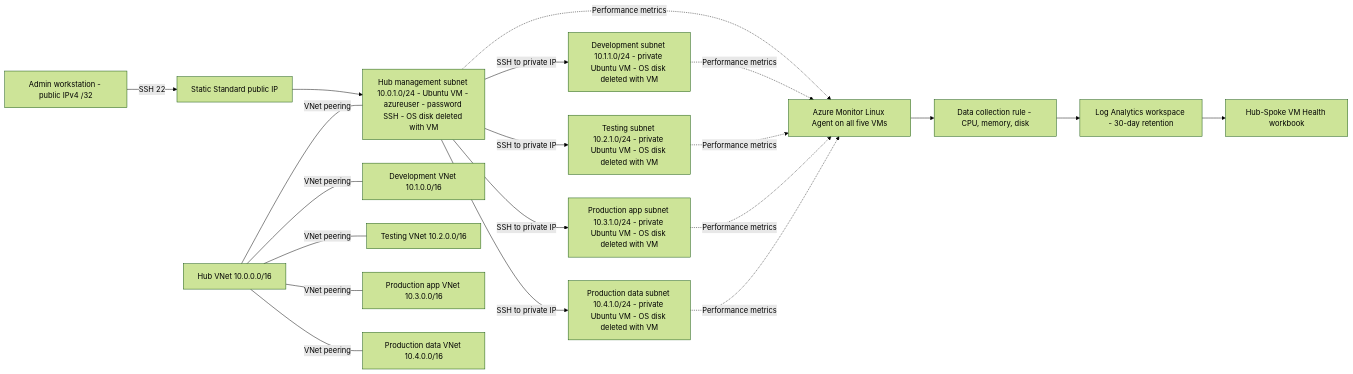
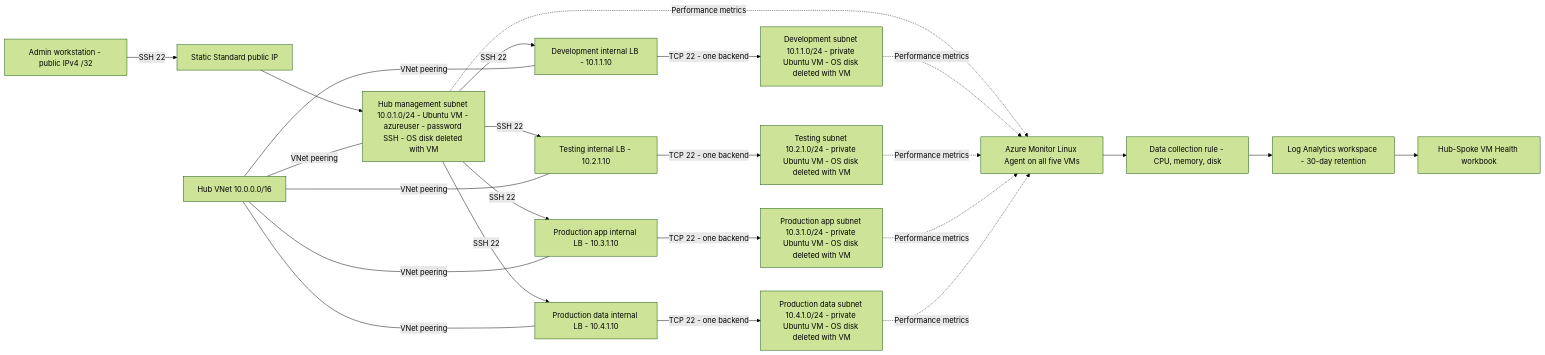
One commit to Nandinikuncham/Hub-Spoke-Networking-Infrastructure changed the diagram in architecture.md. Above: the diagram before and after it, drawn with Mermaid (forest theme). The commit also changed other lines of this file, not shown here.

Commit message:
Update architecture for spoke load balancers
Updated architecture details to include internal load balancers for SSH access in spoke VMs and clarified cost implications.

````diff
--- a/architecture.md
+++ b/architecture.md
@@ -7,22 +7,29 @@
 ```mermaid
 flowchart LR
     Admin["Admin workstation - public IPv4 /32"] -->|SSH 22| PublicIP["Static Standard public IP"]
     PublicIP --> Jump["Hub management subnet 10.0.1.0/24 - Ubuntu VM - azureuser - password SSH - OS disk deleted with VM"]
-    Jump -->|SSH to private IP| DevVM["Development subnet 10.1.1.0/24 - private Ubuntu VM - OS disk deleted with VM"]
-    Jump -->|SSH to private IP| TestVM["Testing subnet 10.2.1.0/24 - private Ubuntu VM - OS disk deleted with VM"]
-    Jump -->|SSH to private IP| AppVM["Production app subnet 10.3.1.0/24 - private Ubuntu VM - OS disk deleted with VM"]
-    Jump -->|SSH to private IP| DataVM["Production data subnet 10.4.1.0/24 - private Ubuntu VM - OS disk deleted with VM"]
+
+    Jump -->|SSH 22| DevLB["Development internal LB - 10.1.1.10"]
+    DevLB -->|TCP 22 - one backend| DevVM["Development subnet 10.1.1.0/24 - private Ubuntu VM - OS disk deleted with VM"]
+    Jump -->|SSH 22| TestLB["Testing internal LB - 10.2.1.10"]
+    TestLB -->|TCP 22 - one backend| TestVM["Testing subnet 10.2.1.0/24 - private Ubuntu VM - OS disk deleted with VM"]
+    Jump -->|SSH 22| AppLB["Production app internal LB - 10.3.1.10"]
+    AppLB -->|TCP 22 - one backend| AppVM["Production app subnet 10.3.1.0/24 - private Ubuntu VM - OS disk deleted with VM"]
+    Jump -->|SSH 22| DataLB["Production data internal LB - 10.4.1.10"]
+    DataLB -->|TCP 22 - one backend| DataVM["Production data subnet 10.4.1.0/24 - private Ubuntu VM - OS disk deleted with VM"]
+
     Hub["Hub VNet 10.0.0.0/16"] ---|VNet peering| Jump
-    Hub ---|VNet peering| Dev["Development VNet 10.1.0.0/16"]
-    Hub ---|VNet peering| Test["Testing VNet 10.2.0.0/16"]
-    Hub ---|VNet peering| App["Production app VNet 10.3.0.0/16"]
-    Hub ---|VNet peering| Data["Production data VNet 10.4.0.0/16"]
+    Hub ---|VNet peering| DevLB
+    Hub ---|VNet peering| TestLB
+    Hub ---|VNet peering| AppLB
+    Hub ---|VNet peering| DataLB
+
     Jump -.->|Performance metrics| AMA["Azure Monitor Linux Agent on all five VMs"]
     DevVM -.->|Performance metrics| AMA
     TestVM -.->|Performance metrics| AMA
     AppVM -.->|Performance metrics| AMA
     DataVM -.->|Performance metrics| AMA
     AMA --> DCR["Data collection rule - CPU, memory, disk"]
     DCR --> Workspace["Log Analytics workspace - 30-day retention"]
     Workspace --> Workbook["Hub-Spoke VM Health workbook"]
 ```
````
